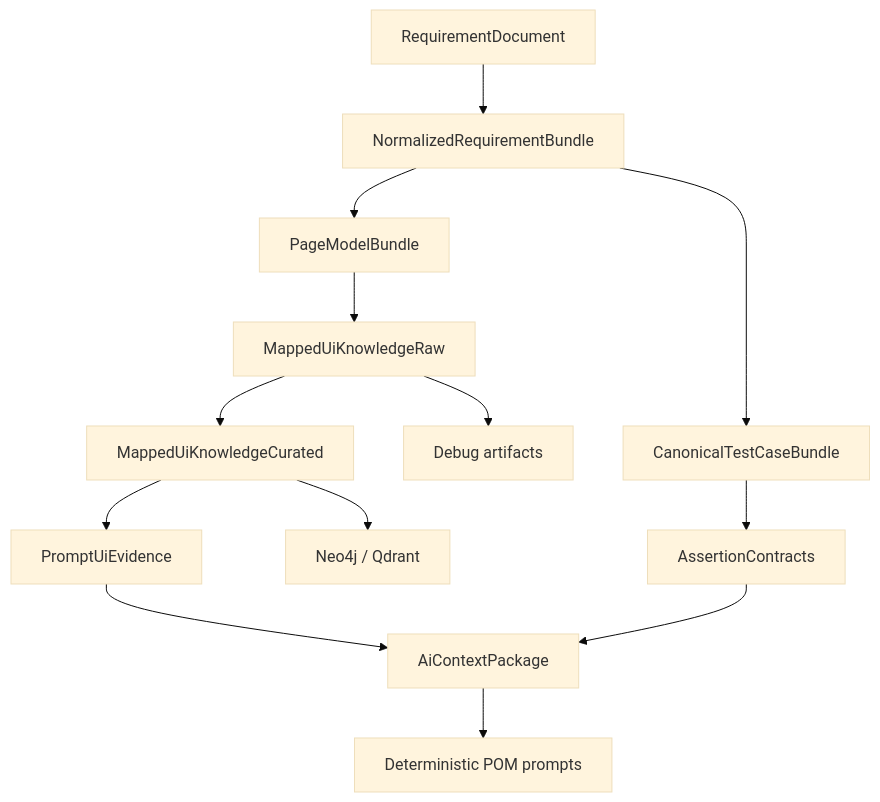
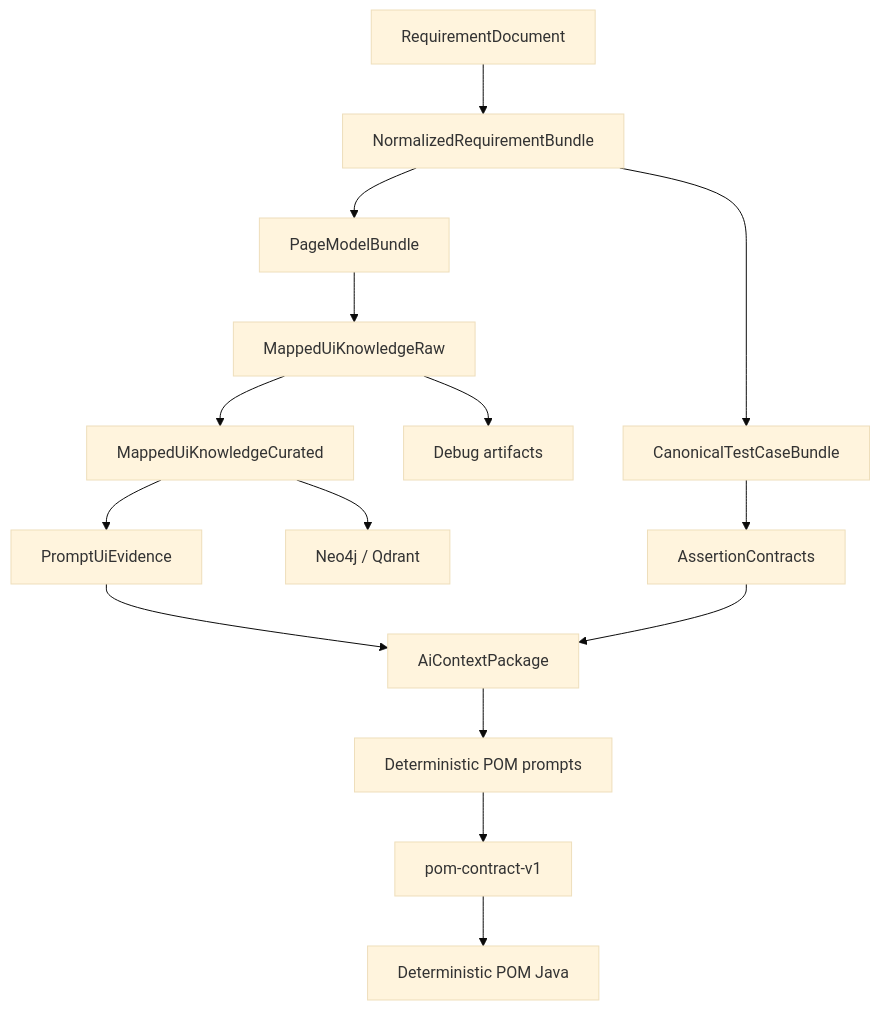
One commit to PKrasytskyi/AQAI changed the diagram in ARCHITECTURE.md. Above: the diagram before and after it, drawn with Mermaid (base theme). The commit also changed other lines of this file and 138 other files, not shown here.

````diff
--- a/ARCHITECTURE.md
+++ b/ARCHITECTURE.md
@@ -15,15 +15,17 @@
 ```mermaid
 flowchart TD
     A["RequirementDocument"] --> B["NormalizedRequirementBundle"]
     B --> C["PageModelBundle"]
     C --> D["MappedUiKnowledgeRaw"]
     D --> E["MappedUiKnowledgeCurated"]
     E --> F["PromptUiEvidence"]
     B --> G["CanonicalTestCaseBundle"]
     G --> H["AssertionContracts"]
     F --> I["AiContextPackage"]
     H --> I
     I --> J["Deterministic POM prompts"]
+    J --> M["pom-contract-v1"]
+    M --> N["Deterministic POM Java"]
     D --> K["Debug artifacts"]
     E --> L["Neo4j / Qdrant"]
 ```
````
